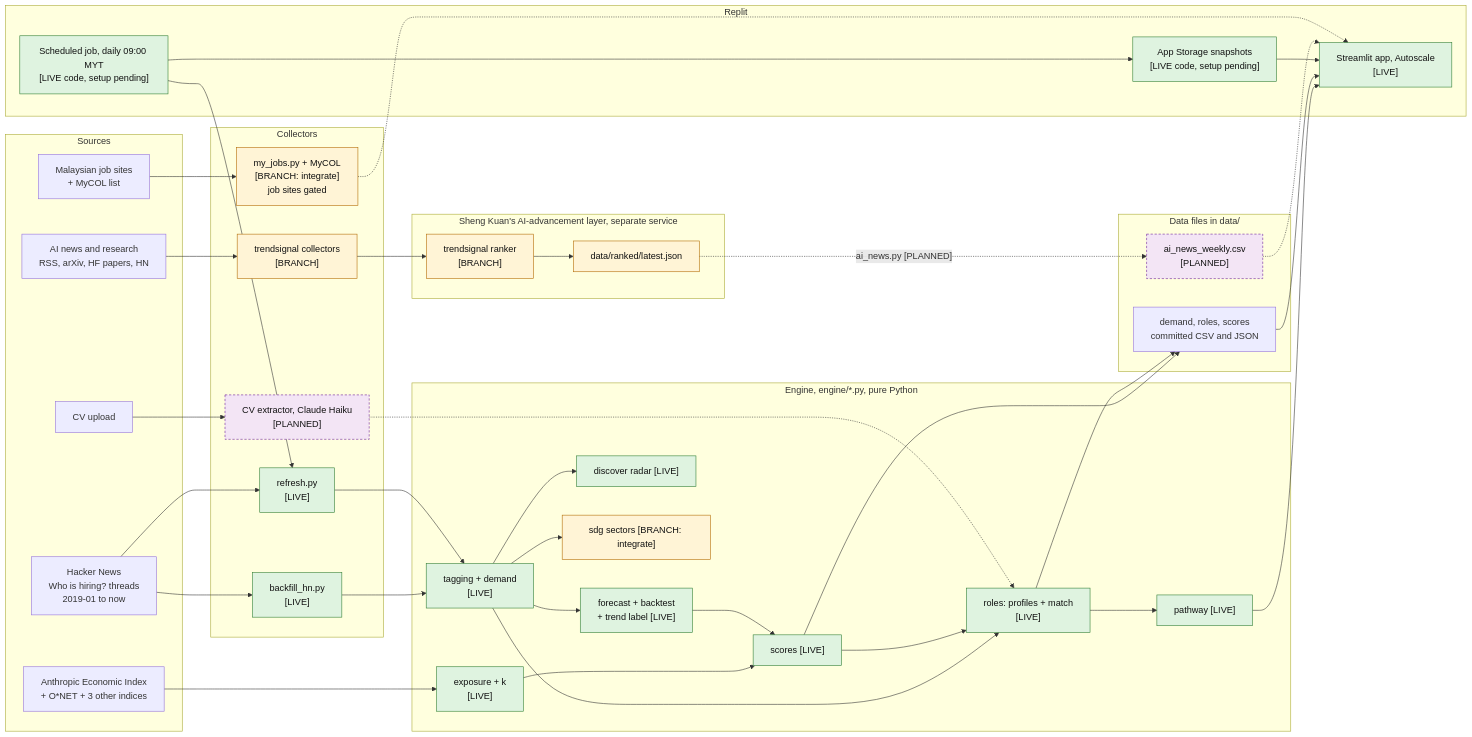
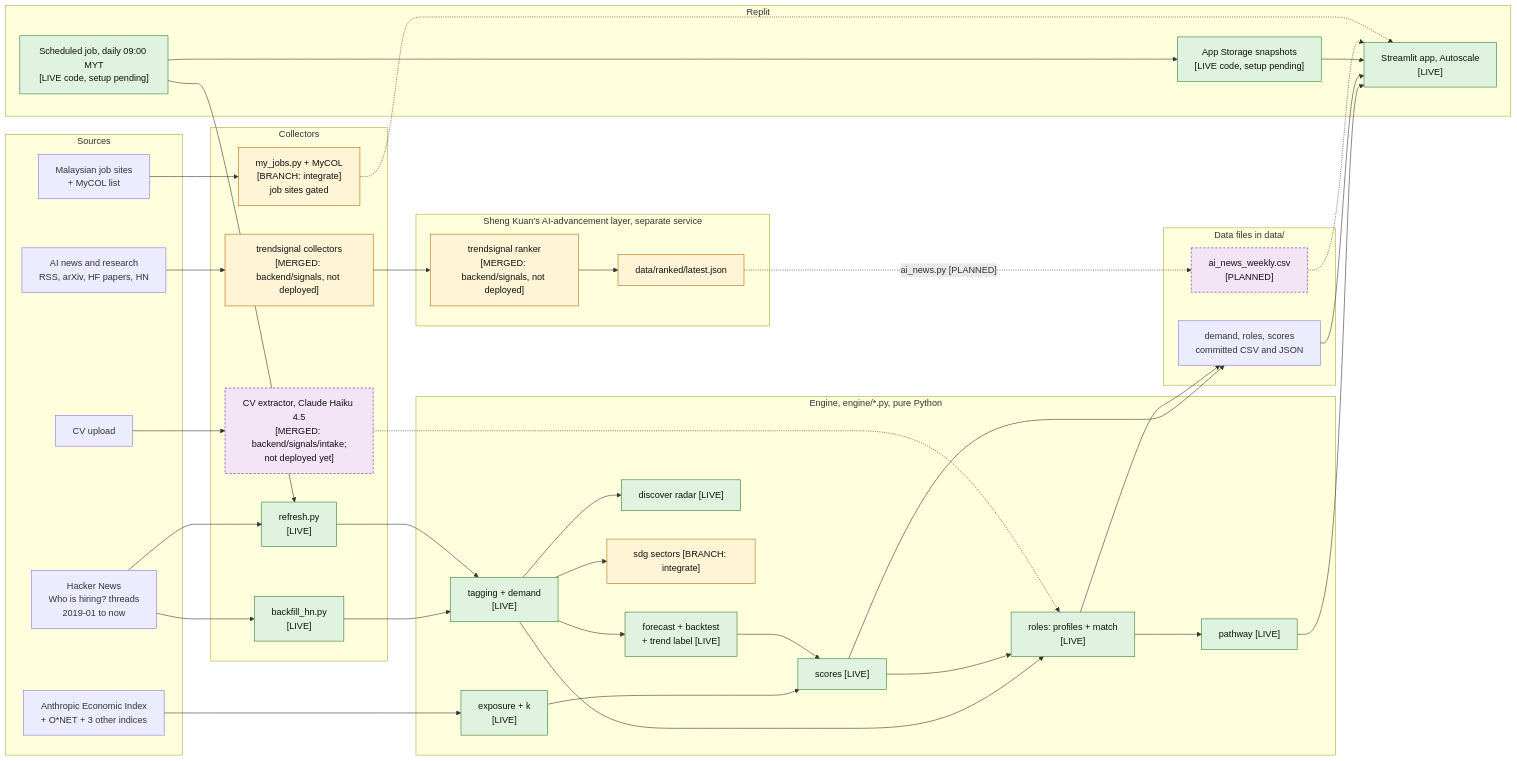
One commit to TayEeZhan/varity changed the first of 9 diagrams in docs/architecture.md. Above: the diagram before and after it, drawn with Mermaid. The commit also changed other lines of this file and 15 other files, not shown here.

First line of the commit message:
feat: route Claude through Replit AI Integrations; declare the CV-intake LLM

````diff
--- a/docs/architecture.md
+++ b/docs/architecture.md
@@ -38,76 +38,76 @@
 ```mermaid
 flowchart LR
     subgraph SRC["Sources"]
         HN["Hacker News<br/>Who is hiring? threads<br/>2019-01 to now"]
         AEI["Anthropic Economic Index<br/>+ O*NET + 3 other indices"]
         NEWS["AI news and research<br/>RSS, arXiv, HF papers, HN"]
         MYS["Malaysian job sites<br/>+ MyCOL list"]
         CV["CV upload"]
     end
 
     subgraph COL["Collectors"]
         BF["backfill_hn.py<br/>[LIVE]"]
         RF["refresh.py<br/>[LIVE]"]
-        TS["trendsignal collectors<br/>[BRANCH]"]
+        TS["trendsignal collectors<br/>[MERGED: backend/signals, not deployed]"]
         MJ["my_jobs.py + MyCOL<br/>[BRANCH: integrate]<br/>job sites gated"]
-        CVX["CV extractor, Claude Haiku<br/>[PLANNED]"]
+        CVX["CV extractor, Claude Haiku 4.5<br/>[MERGED: backend/signals/intake;<br/>not deployed yet]"]
     end
 
     subgraph ENG["Engine, engine/*.py, pure Python"]
         TAG["tagging + demand<br/>[LIVE]"]
         EXP["exposure + k<br/>[LIVE]"]
         FC["forecast + backtest<br/>+ trend label [LIVE]"]
         SC["scores [LIVE]"]
         RM["roles: profiles + match<br/>[LIVE]"]
         PW["pathway [LIVE]"]
         DS["discover radar [LIVE]"]
         SDG["sdg sectors [BRANCH: integrate]"]
     end
 
     subgraph FILES["Data files in data/"]
         D1["demand, roles, scores<br/>committed CSV and JSON"]
         D2["ai_news_weekly.csv<br/>[PLANNED]"]
     end
 
     subgraph REPLIT["Replit"]
         APP["Streamlit app, Autoscale<br/>[LIVE]"]
         ST["App Storage snapshots<br/>[LIVE code, setup pending]"]
         JOB["Scheduled job, daily 09:00 MYT<br/>[LIVE code, setup pending]"]
     end
 
     subgraph AIL["Sheng Kuan's AI-advancement layer, separate service"]
-        RK["trendsignal ranker<br/>[BRANCH]"]
+        RK["trendsignal ranker<br/>[MERGED: backend/signals, not deployed]"]
         RJ["data/ranked/latest.json"]
     end
 
     HN --> BF --> TAG
     HN --> RF --> TAG
     AEI --> EXP
     TAG --> FC
     EXP --> SC
     FC --> SC
     TAG --> RM
     SC --> RM
     RM --> PW
     TAG --> DS
     TAG --> SDG
     SC --> D1
     RM --> D1
     PW --> APP
     D1 --> APP
     JOB --> RF
     JOB --> ST
     ST --> APP
     NEWS --> TS --> RK --> RJ
     RJ -. "ai_news.py [PLANNED]" .-> D2
     D2 -.-> APP
     MYS --> MJ -.-> APP
     CV --> CVX -.-> RM
 
     classDef live fill:#dff3e0,stroke:#2e7d32,color:#111
     classDef branch fill:#fff4d6,stroke:#b26a00,color:#111
     classDef planned fill:#f3e5f5,stroke:#6a1b9a,stroke-dasharray: 4 3,color:#111
     class BF,RF,TAG,EXP,FC,SC,RM,PW,DS,APP,ST,JOB live
     class TS,MJ,SDG,RK,RJ branch
     class CVX,D2 planned
 ```
````
